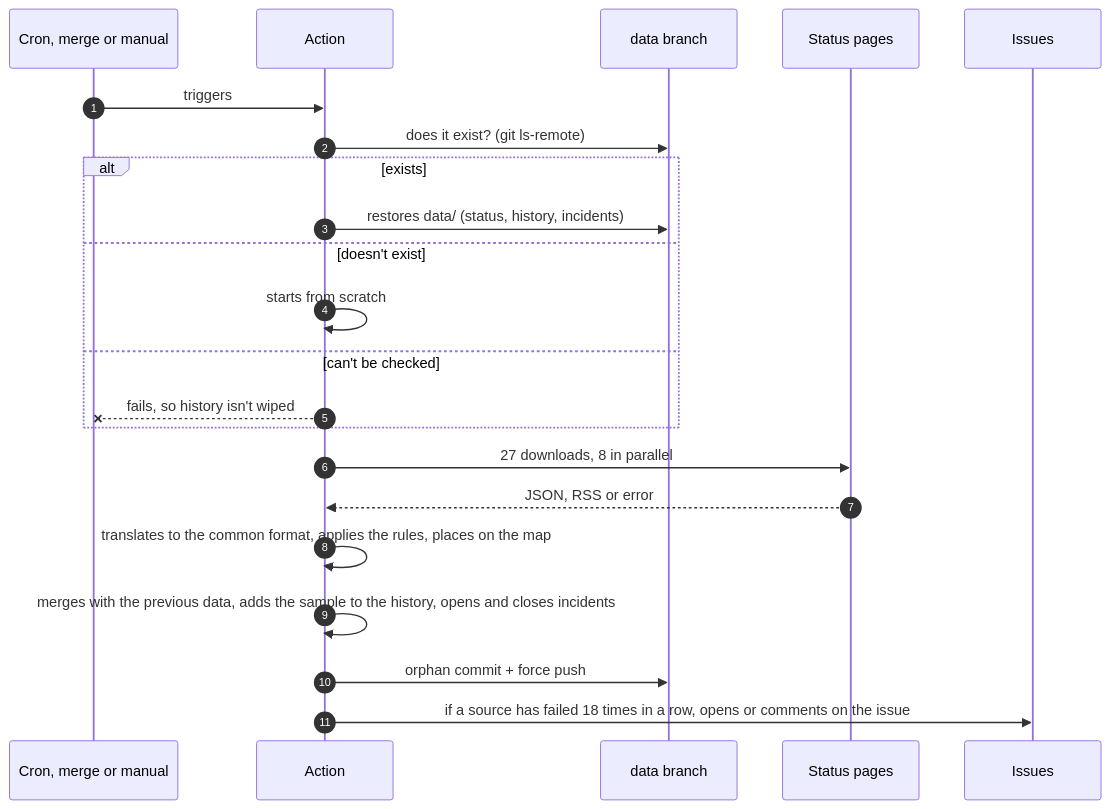
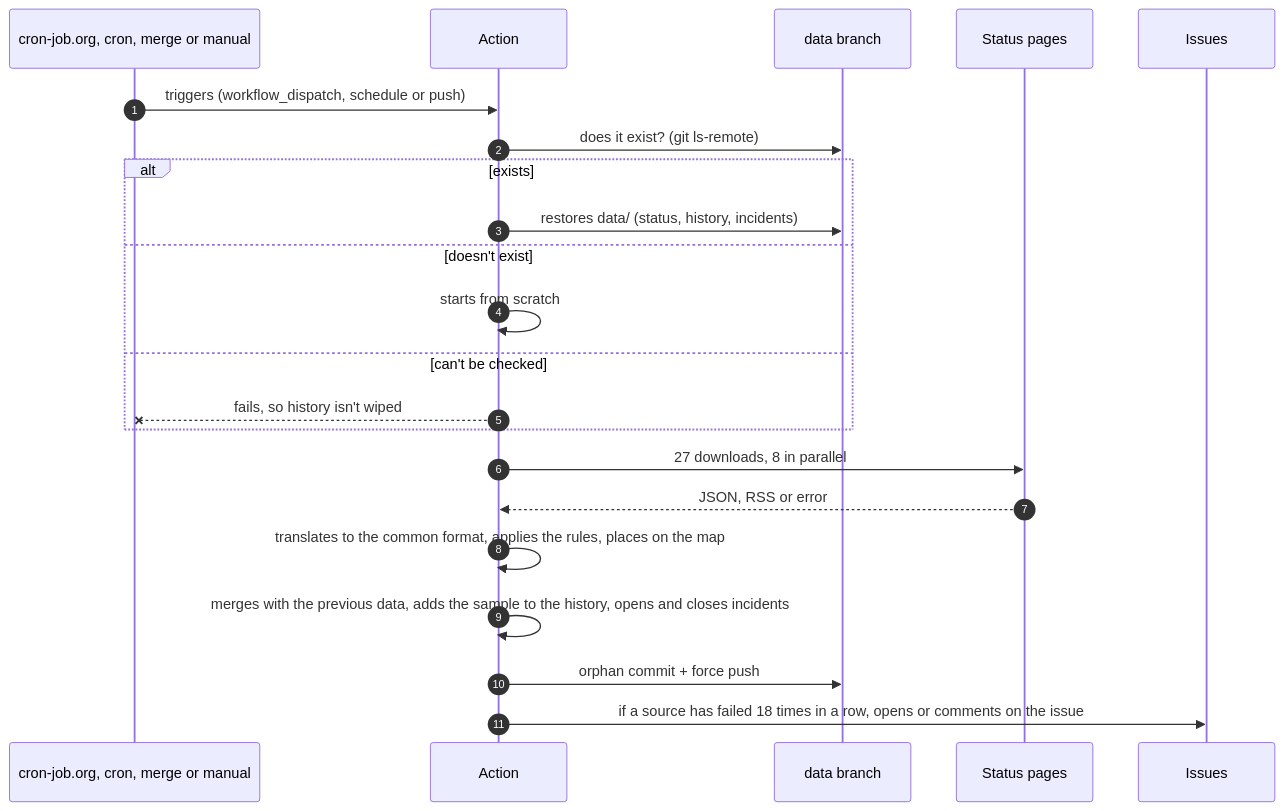
Before and after one commit to serbenda/uptime: the third of 7 diagrams in README.md, drawn with Mermaid. The commit also changed other lines of this file and 1 other file, not shown here.

First line of the commit message:
Document the external trigger and the architecture behind it

````diff
--- a/README.md
+++ b/README.md
@@ -613,24 +624,24 @@
 ```mermaid
 sequenceDiagram
   autonumber
-  participant C as Cron, merge or manual
+  participant C as cron-job.org, cron, merge or manual
   participant A as Action
   participant D as data branch
   participant F as Status pages
   participant G as Issues
-  C->>A: triggers
+  C->>A: triggers (workflow_dispatch, schedule or push)
   A->>D: does it exist? (git ls-remote)
   alt exists
     A->>D: restores data/ (status, history, incidents)
   else doesn't exist
     A->>A: starts from scratch
   else can't be checked
     A--xC: fails, so history isn't wiped
   end
   A->>F: 27 downloads, 8 in parallel
   F-->>A: JSON, RSS or error
   A->>A: translates to the common format, applies the rules, places on the map
   A->>A: merges with the previous data, adds the sample to the history, opens and closes incidents
   A->>D: orphan commit + force push
   A->>G: if a source has failed 18 times in a row, opens or comments on the issue
 ```
````
